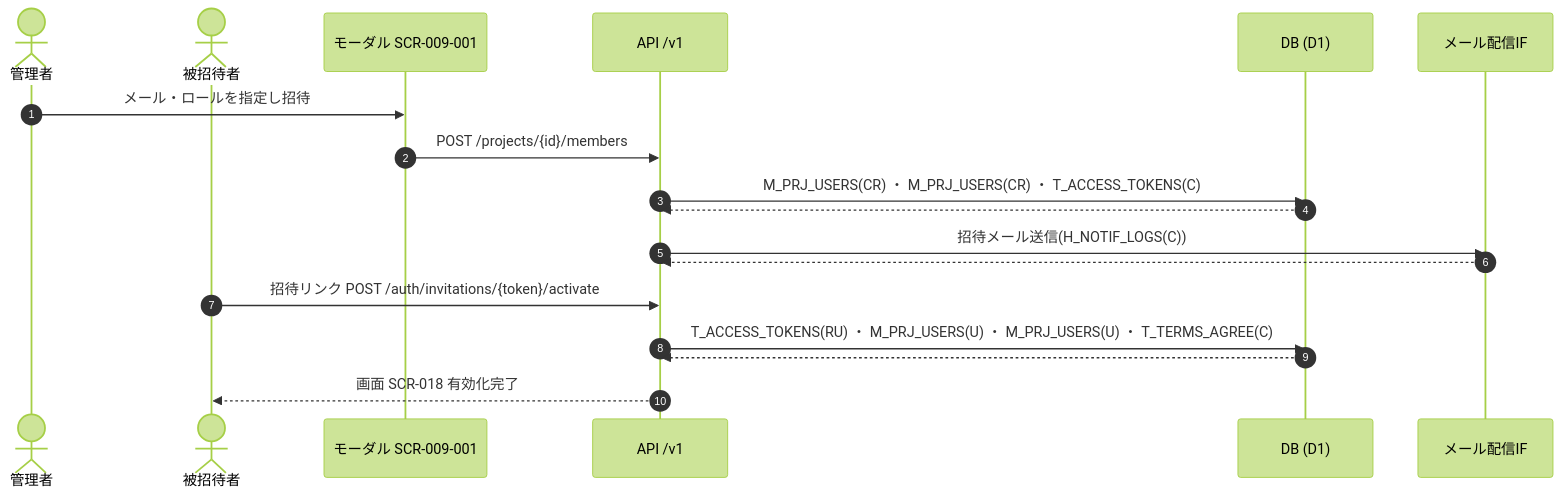
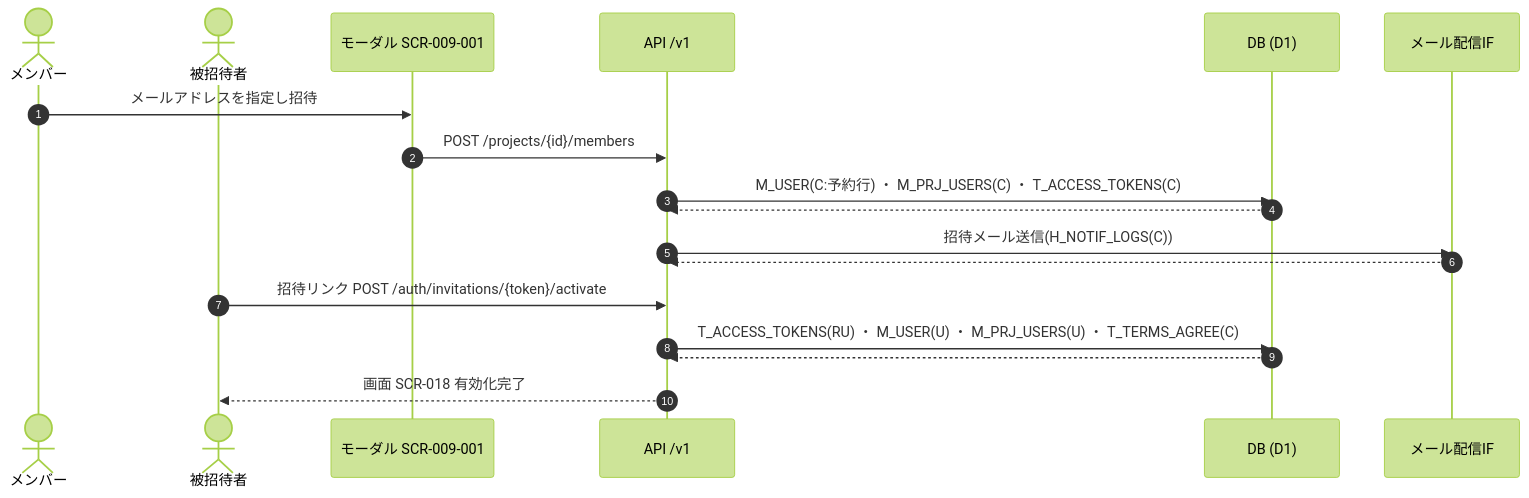
Before and after one commit to sikakou54/open-faq: the fourth of 10 diagrams in 02_basic-design/04_usecase-design.md, drawn with Mermaid (forest theme). The commit also changed other lines of this file and 162 other files, not shown here.

````diff
--- a/02_basic-design/04_usecase-design.md
+++ b/02_basic-design/04_usecase-design.md
@@ -219,20 +219,20 @@
 ```mermaid
 sequenceDiagram
   autonumber
-  actor A as 管理者
+  actor A as メンバー
   actor I as 被招待者
   participant SM as モーダル SCR-009-001
   participant API as API /v1
   participant DB as DB (D1)
   participant ML as メール配信IF
-  A->>SM: メール・ロールを指定し招待
+  A->>SM: メールアドレスを指定し招待
   SM->>API: POST /projects/{id}/members
-  API->>DB: M_PRJ_USERS(CR) ・ M_PRJ_USERS(CR) ・ T_ACCESS_TOKENS(C)
+  API->>DB: M_USER(C:予約行) ・ M_PRJ_USERS(C) ・ T_ACCESS_TOKENS(C)
   DB-->>API: 
   API->>ML: 招待メール送信(H_NOTIF_LOGS(C))
   ML-->>API: 
   I->>API: 招待リンク POST /auth/invitations/{token}/activate
-  API->>DB: T_ACCESS_TOKENS(RU) ・ M_PRJ_USERS(U) ・ M_PRJ_USERS(U) ・ T_TERMS_AGREE(C)
+  API->>DB: T_ACCESS_TOKENS(RU) ・ M_USER(U) ・ M_PRJ_USERS(U) ・ T_TERMS_AGREE(C)
   DB-->>API: 
   API-->>I: 画面 SCR-018 有効化完了
 ```
````
